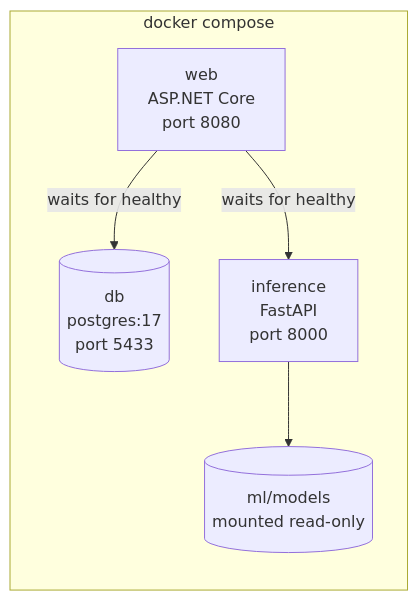
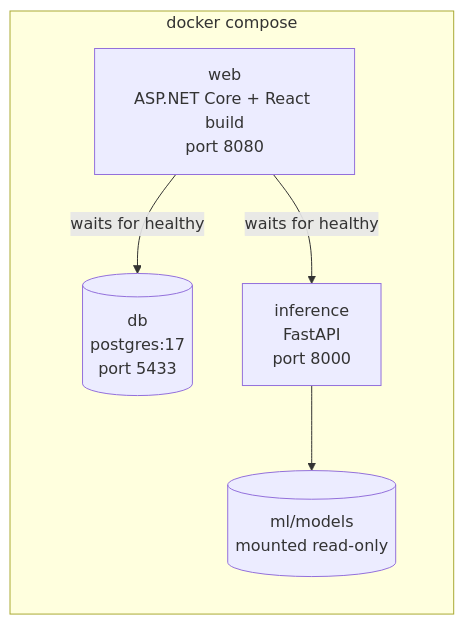
One commit to dejan3dejan/credit-scoring-dss changed the second of 2 diagrams in architecture/02-containers.md. Above: the diagram before and after it, drawn with Mermaid. The commit also changed other lines of this file and 12 other files, not shown here.

Commit message:
Show the React app in the container, component and roadmap diagrams

````diff
--- a/architecture/02-containers.md
+++ b/architecture/02-containers.md
@@ -38,12 +41,12 @@
 ```mermaid
 flowchart LR
     subgraph compose["docker compose"]
-        web2["web<br/>ASP.NET Core<br/>port 8080"]
+        web2["web<br/>ASP.NET Core + React build<br/>port 8080"]
         inf2["inference<br/>FastAPI<br/>port 8000"]
         db2[("db<br/>postgres:17<br/>port 5433")]
         models2[("ml/models<br/>mounted read-only")]
     end
     web2 -- "waits for healthy" --> db2
     web2 -- "waits for healthy" --> inf2
     inf2 --> models2
 ```
````
